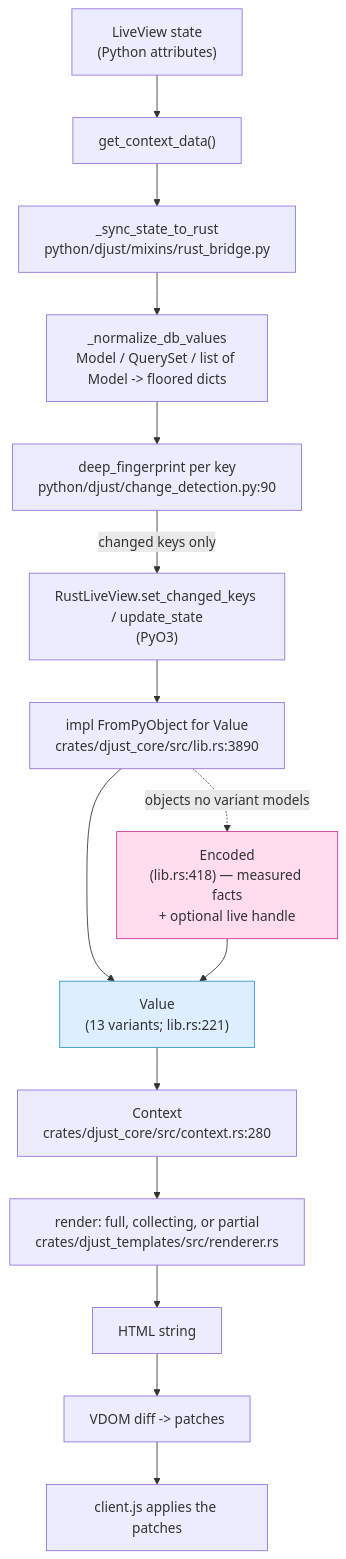
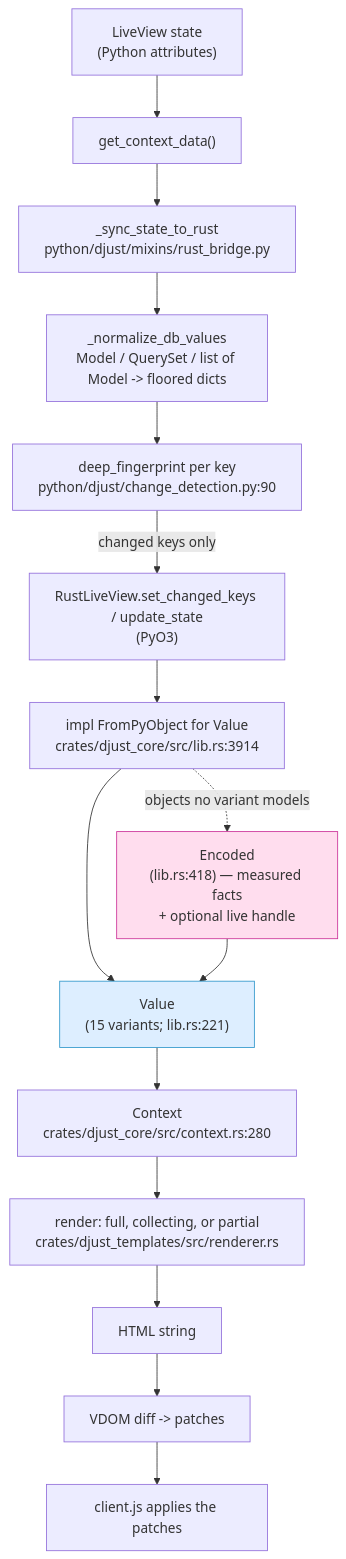
Before and after one commit to djust-org/djust: the first of 4 diagrams in docs/architecture/VALUE_BOUNDARY.md, drawn with Mermaid. The commit also changed other lines of this file and 1 other file, not shown here.

````diff
--- a/docs/architecture/VALUE_BOUNDARY.md
+++ b/docs/architecture/VALUE_BOUNDARY.md
@@ -28,22 +33,22 @@
 ```mermaid
 flowchart TD
     A["LiveView state<br/>(Python attributes)"] --> B["get_context_data()"]
     B --> C["_sync_state_to_rust<br/>python/djust/mixins/rust_bridge.py"]
     C --> C1["_normalize_db_values<br/>Model / QuerySet / list of Model -> floored dicts"]
     C1 --> C2["deep_fingerprint per key<br/>python/djust/change_detection.py:90"]
     C2 -->|"changed keys only"| D["RustLiveView.set_changed_keys / update_state<br/>(PyO3)"]
 
-    D --> E["impl FromPyObject for Value<br/>crates/djust_core/src/lib.rs:3890"]
-    E --> F["Value<br/>(13 variants; lib.rs:221)"]
+    D --> E["impl FromPyObject for Value<br/>crates/djust_core/src/lib.rs:3914"]
+    E --> F["Value<br/>(15 variants; lib.rs:221)"]
     E -.->|"objects no variant models"| G["Encoded<br/>(lib.rs:418) — measured facts<br/>+ optional live handle"]
     G --> F
 
     F --> H["Context<br/>crates/djust_core/src/context.rs:280"]
     H --> I["render: full, collecting, or partial<br/>crates/djust_templates/src/renderer.rs"]
     I --> J["HTML string"]
     J --> K["VDOM diff -> patches"]
     K --> L["client.js applies the patches"]
 
     style G fill:#fde,stroke:#c39
     style F fill:#def,stroke:#39c
 ```
````
